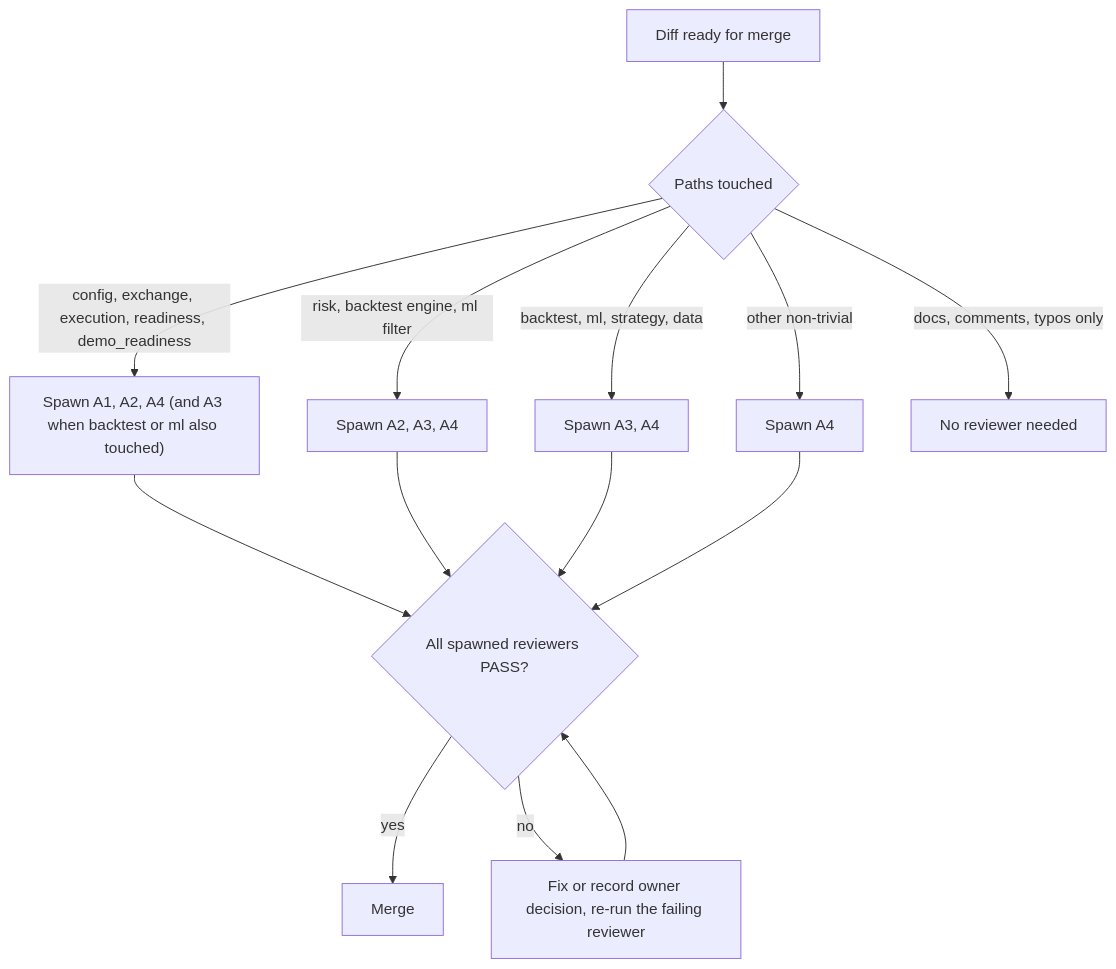
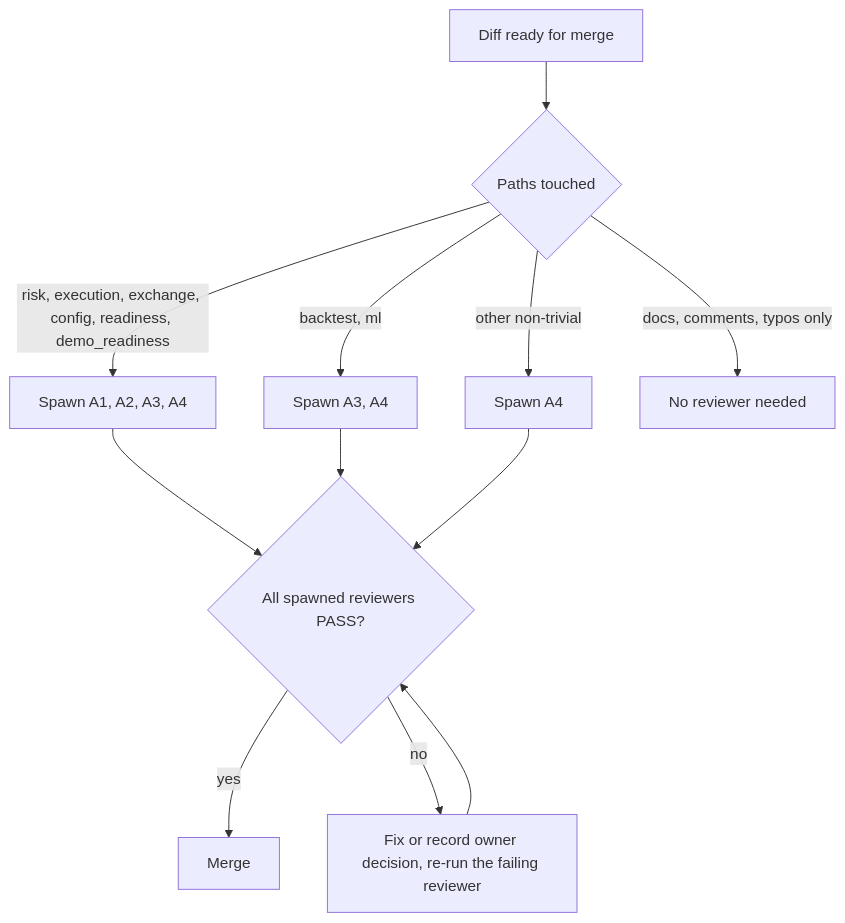
One commit to ceezey/SILVR changed the diagram in docs/sad-silverbot.md. Above: the diagram before and after it, drawn with Mermaid. The commit also changed other lines of this file, not shown here.

Commit message:
docs: make subagent spawn rules consistent

````diff
--- a/docs/sad-silverbot.md
+++ b/docs/sad-silverbot.md
@@ -250,16 +250,14 @@
 ```mermaid
 flowchart TD
     D["Diff ready for merge"] --> Q{"Paths touched"}
-    Q -->|"config, exchange, execution, readiness, demo_readiness"| ALL["Spawn A1, A2, A4 (and A3 when backtest or ml also touched)"]
-    Q -->|"risk, backtest engine, ml filter"| R["Spawn A2, A3, A4"]
-    Q -->|"backtest, ml, strategy, data"| L["Spawn A3, A4"]
+    Q -->|"risk, execution, exchange, config, readiness, demo_readiness"| ALL["Spawn A1, A2, A3, A4"]
+    Q -->|"backtest, ml"| R["Spawn A3, A4"]
     Q -->|"other non-trivial"| S["Spawn A4"]
     Q -->|"docs, comments, typos only"| N["No reviewer needed"]
     ALL --> V{"All spawned reviewers PASS?"}
     R --> V
-    L --> V
     S --> V
     V -->|"yes"| M["Merge"]
     V -->|"no"| F["Fix or record owner decision, re-run the failing reviewer"]
     F --> V
 ```
````
